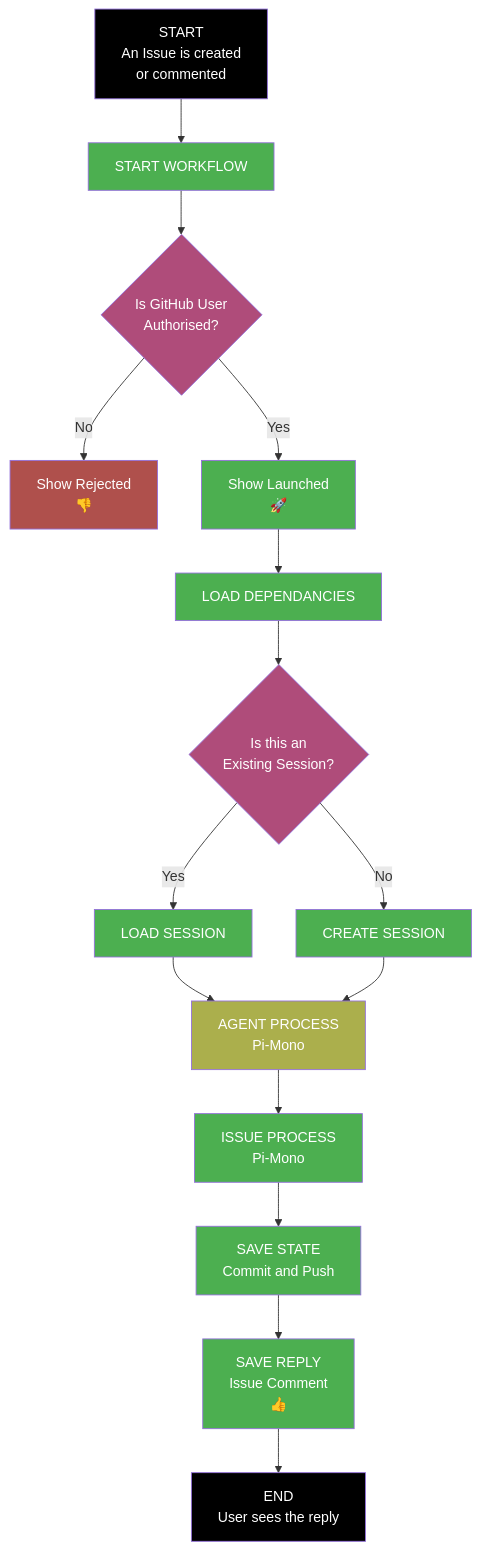
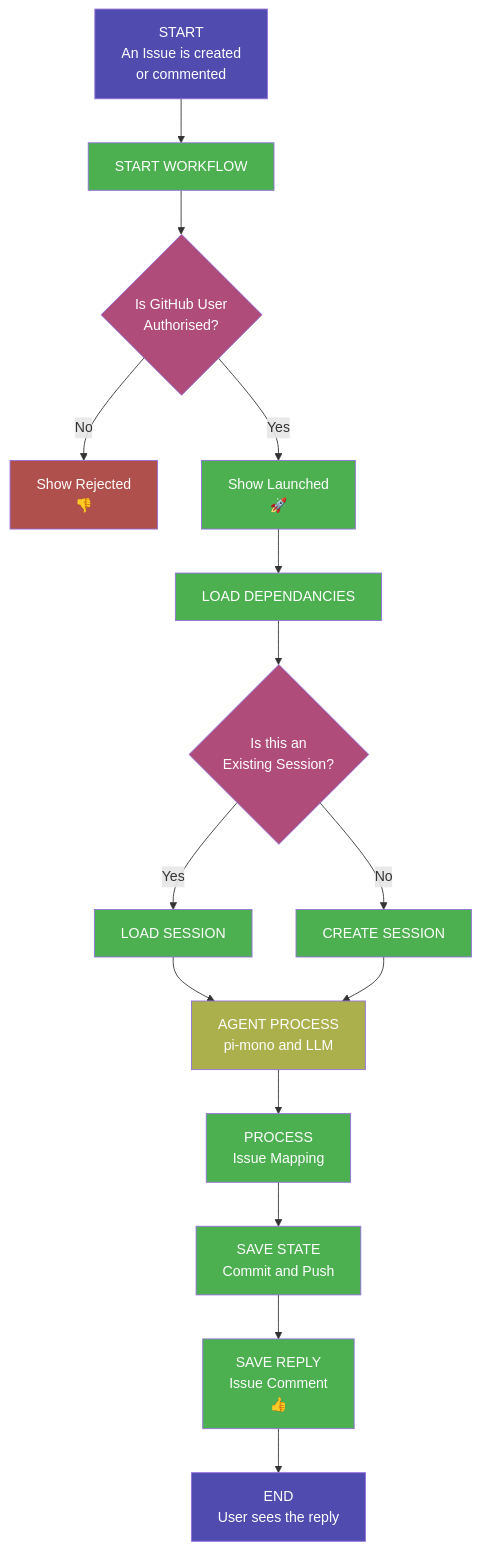
The diagram in README.md (japer-technology/github-minimum-intelligence), drawn with Mermaid before and after one commit.

````diff
--- a/README.md
+++ b/README.md
@@ -86,32 +86,32 @@
 ```mermaid
 flowchart TD
     A["START<br/>An Issue is created<br/>or commented"] --> B["START WORKFLOW"]
     B --> C{"Is GitHub User<br/>Authorised?"}
     C -- No --> D["Show Rejected<br/>👎"]
     C -- Yes --> E["Show Launched<br/>🚀"]
     E --> F["LOAD DEPENDANCIES"]
     F --> G{"Is this an<br/>Existing Session?"}
     G -- Yes --> H["LOAD SESSION"]
     G -- No --> I["CREATE SESSION"]
-    H --> J["AGENT PROCESS<br/>Pi-Mono"]
+    H --> J["AGENT PROCESS<br/>pi-mono and LLM"]
     I --> J
-    J --> K["ISSUE PROCESS<br/>Pi-Mono"]
+    J --> K["PROCESS<br/>Issue Mapping"]
     K --> L["SAVE STATE<br/>Commit and Push"]
     L --> M["SAVE REPLY<br/>Issue Comment<br/>👍"]
     M --> N["END<br/>User sees the reply"]
 
-    style A fill:#000000,color:#fff
+    style A fill:#504CAF,color:#fff
     style B fill:#4CAF50,color:#fff
     style C fill:#AF4C7A,color:#fff
     style D fill:#AF504C,color:#fff
     style E fill:#4CAF50,color:#fff
     style F fill:#4CAF50,color:#fff
     style G fill:#AF4C7A,color:#fff
     style H fill:#4CAF50,color:#fff
     style I fill:#4CAF50,color:#fff
     style J fill:#ABAF4C,color:#fff
     style K fill:#4CAF50,color:#fff
     style L fill:#4CAF50,color:#fff
     style M fill:#4CAF50,color:#fff
-    style N fill:#000000,color:#fff
+    style N fill:#504CAF,color:#fff
 ```
````
